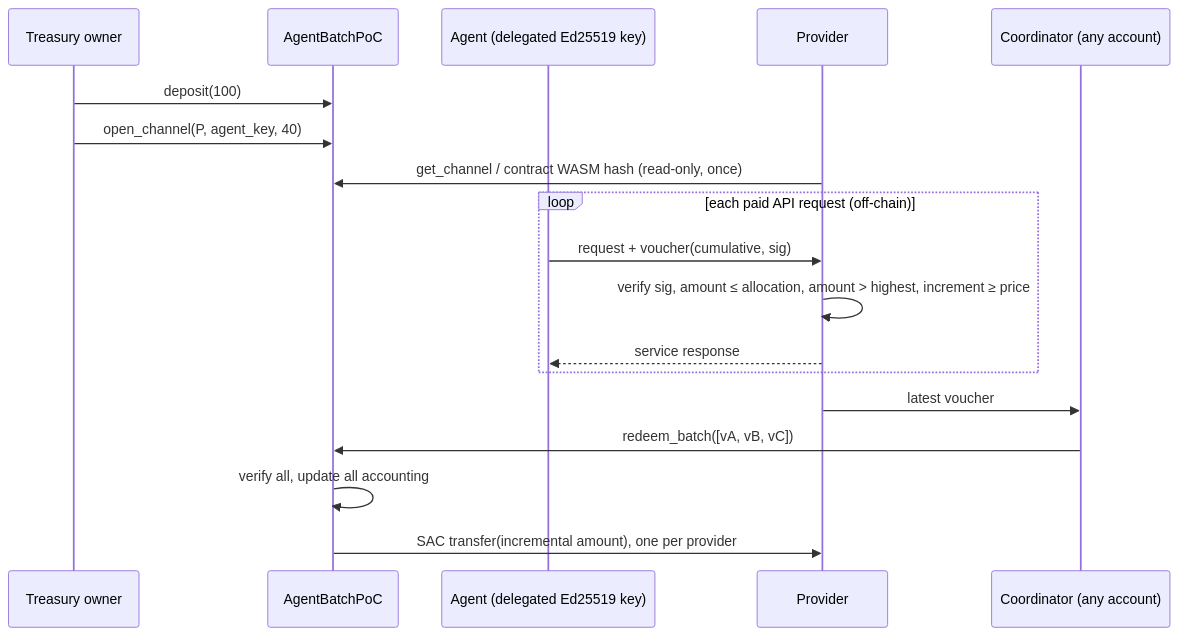
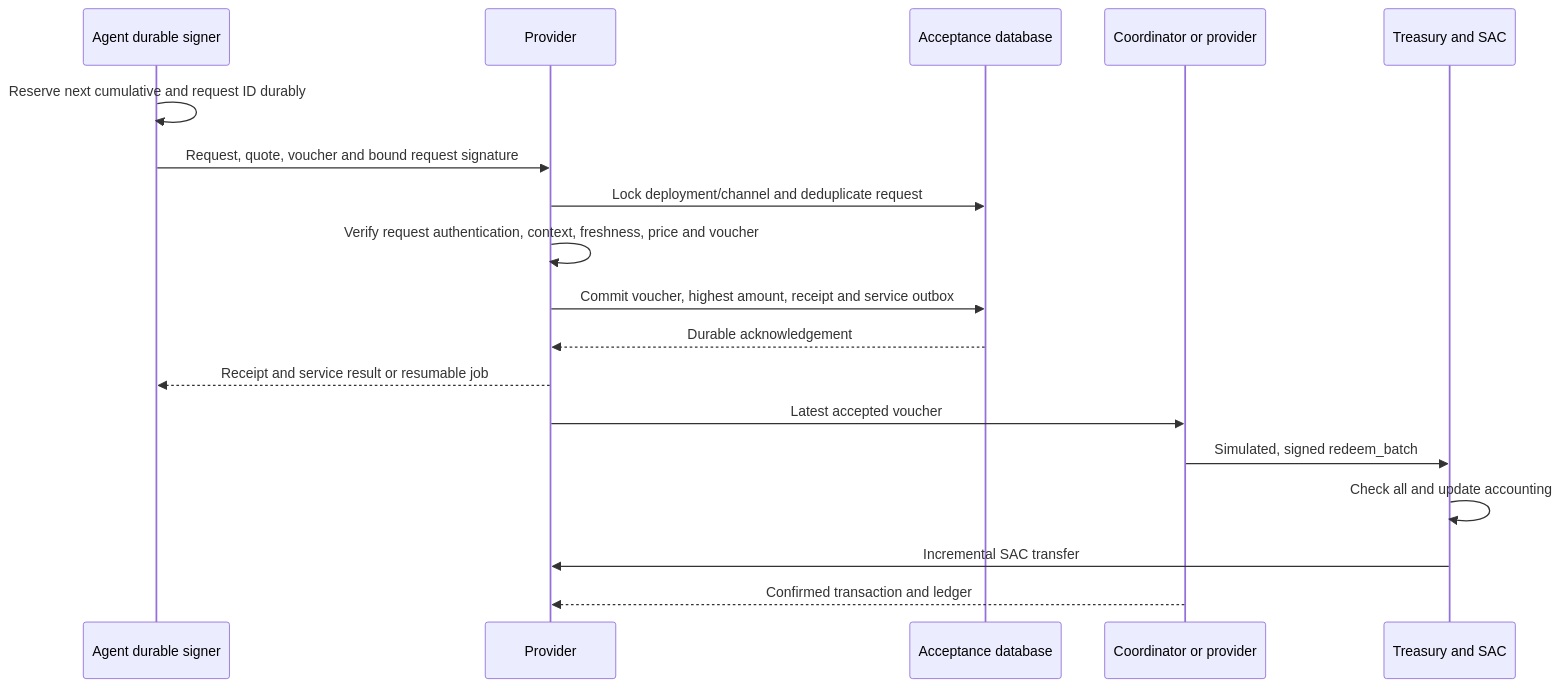
One commit to agentbatch/agentbatch changed the third of 3 diagrams in docs/architecture.md. Above: the diagram before and after it, drawn with Mermaid. The commit also changed other lines of this file and 23 other files, not shown here.

Commit message:
docs: specify production architecture and operational requirements

````diff
--- a/docs/architecture.md
+++ b/docs/architecture.md
@@ -87,21 +436,20 @@
 ```mermaid
 sequenceDiagram
-    participant O as Treasury owner
-    participant C as AgentBatchPoC
-    participant A as Agent (delegated Ed25519 key)
+    participant A as Agent durable signer
     participant P as Provider
-    participant K as Coordinator (any account)
-
-    O->>C: deposit(100)
-    O->>C: open_channel(P, agent_key, 40)
-    P->>C: get_channel / contract WASM hash (read-only, once)
-    loop each paid API request (off-chain)
-        A->>P: request + voucher(cumulative, sig)
-        P->>P: verify sig, amount ≤ allocation, amount > highest, increment ≥ price
-        P-->>A: service response
-    end
-    P->>K: latest voucher
-    K->>C: redeem_batch([vA, vB, vC])
-    C->>C: verify all, update all accounting
-    C->>P: SAC transfer(incremental amount), one per provider
+    participant DB as Acceptance database
+    participant K as Coordinator or provider
+    participant C as Treasury and SAC
+    A->>A: Reserve next cumulative and request ID durably
+    A->>P: Request, quote, voucher and bound request signature
+    P->>DB: Lock deployment/channel and deduplicate request
+    P->>P: Verify request authentication, context, freshness, price and voucher
+    P->>DB: Commit voucher, highest amount, receipt and service outbox
+    DB-->>P: Durable acknowledgement
+    P-->>A: Receipt and service result or resumable job
+    P->>K: Latest accepted voucher
+    K->>C: Simulated, signed redeem_batch
+    C->>C: Check all and update accounting
+    C->>P: Incremental SAC transfer
+    K-->>P: Confirmed transaction and ledger
 ```
````
